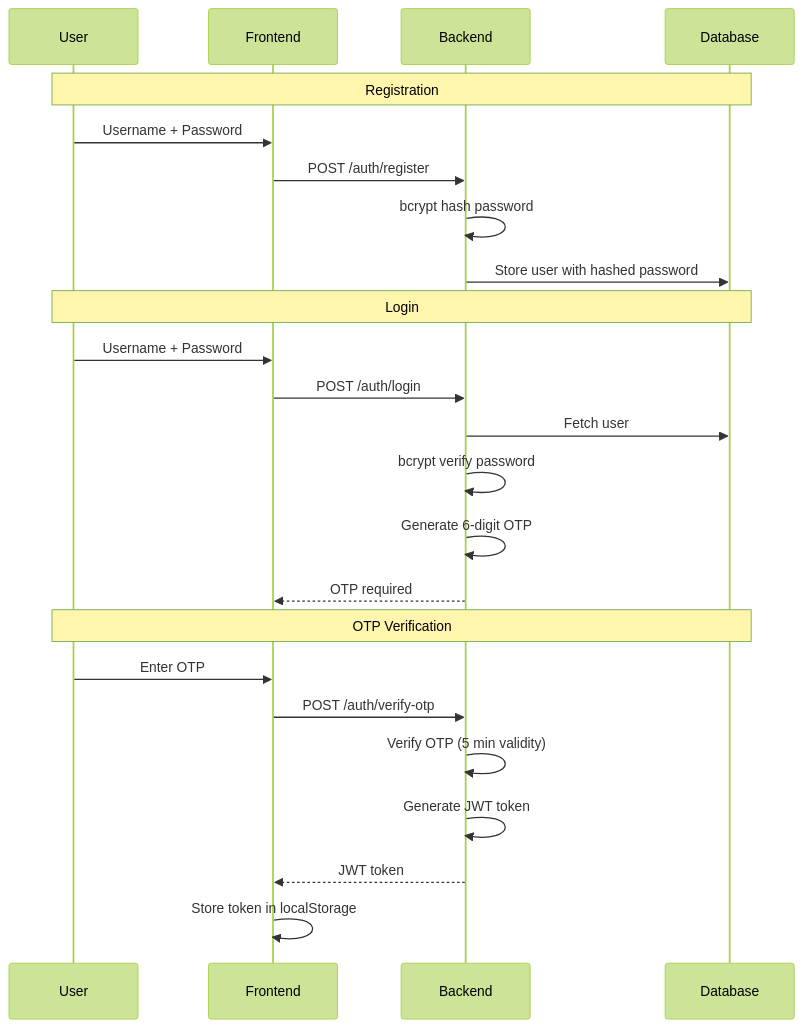
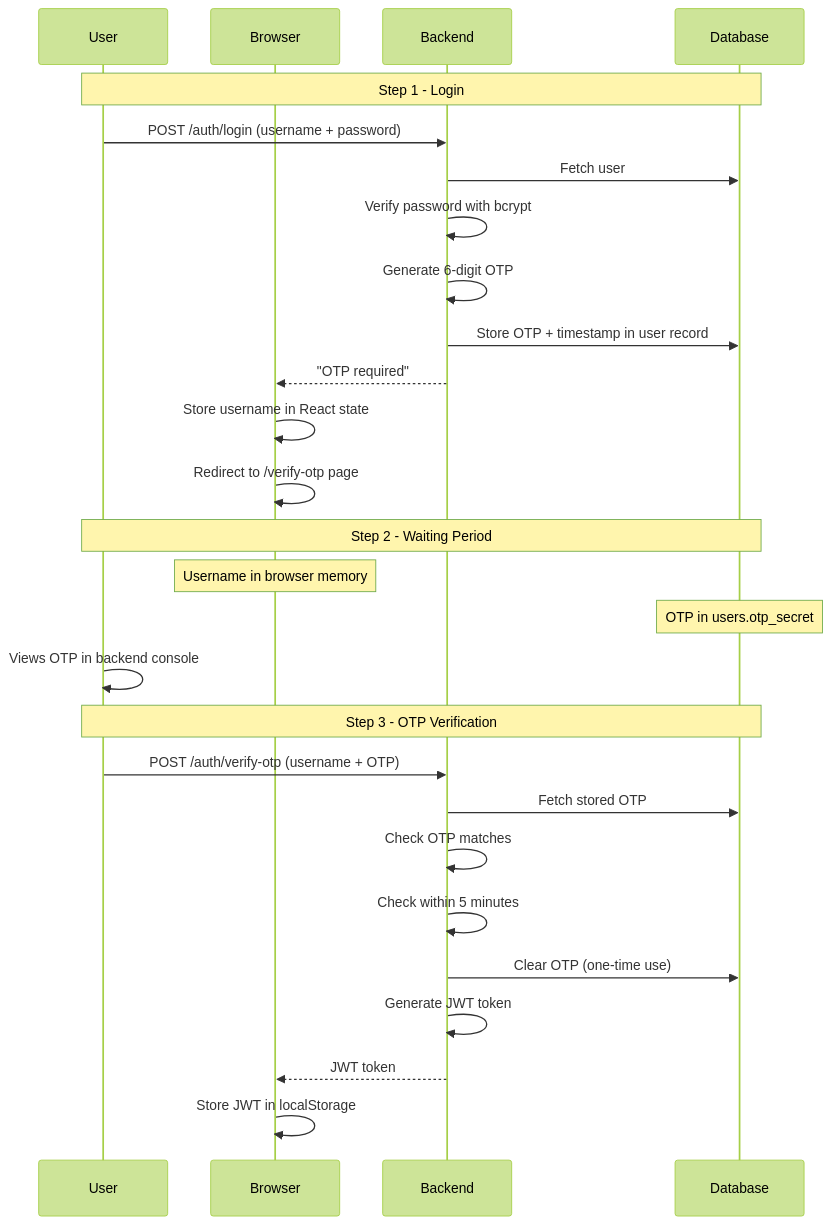
The tenth of 10 diagrams in docs/SECURITY.md (akshayks13/SecureVault), drawn with Mermaid (forest theme) before and after one commit. The commit also changed other lines of this file and 1 other file, not shown here.

````diff
--- a/docs/SECURITY.md
+++ b/docs/SECURITY.md
@@ -243,29 +262,32 @@
 ```mermaid
 sequenceDiagram
     participant User
-    participant Frontend
+    participant Browser
     participant Backend
     participant Database
     
-    Note over User,Database: Registration
-    User->>Frontend: Username + Password
-    Frontend->>Backend: POST /auth/register
-    Backend->>Backend: bcrypt hash password
-    Backend->>Database: Store user with hashed password
+    Note over User,Database: Step 1 - Login
+    User->>Backend: POST /auth/login (username + password)
+    Backend->>Database: Fetch user
+    Backend->>Backend: Verify password with bcrypt
+    Backend->>Backend: Generate 6-digit OTP
+    Backend->>Database: Store OTP + timestamp in user record
+    Backend-->>Browser: "OTP required"
+    Browser->>Browser: Store username in React state
+    Browser->>Browser: Redirect to /verify-otp page
     
-    Note over User,Database: Login
-    User->>Frontend: Username + Password
-    Frontend->>Backend: POST /auth/login
-    Backend->>Database: Fetch user
-    Backend->>Backend: bcrypt verify password
-    Backend->>Backend: Generate 6-digit OTP
-    Backend-->>Frontend: OTP required
+    Note over User,Database: Step 2 - Waiting Period
+    Note over Browser: Username in browser memory
+    Note over Database: OTP in users.otp_secret
+    User->>User: Views OTP in backend console
     
-    Note over User,Database: OTP Verification
-    User->>Frontend: Enter OTP
-    Frontend->>Backend: POST /auth/verify-otp
-    Backend->>Backend: Verify OTP (5 min validity)
+    Note over User,Database: Step 3 - OTP Verification
+    User->>Backend: POST /auth/verify-otp (username + OTP)
+    Backend->>Database: Fetch stored OTP
+    Backend->>Backend: Check OTP matches
+    Backend->>Backend: Check within 5 minutes
+    Backend->>Database: Clear OTP (one-time use)
     Backend->>Backend: Generate JWT token
-    Backend-->>Frontend: JWT token
-    Frontend->>Frontend: Store token in localStorage
+    Backend-->>Browser: JWT token
+    Browser->>Browser: Store JWT in localStorage
 ```
````
